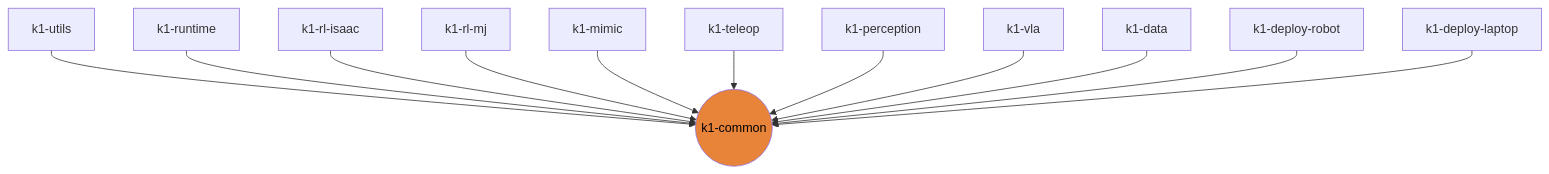
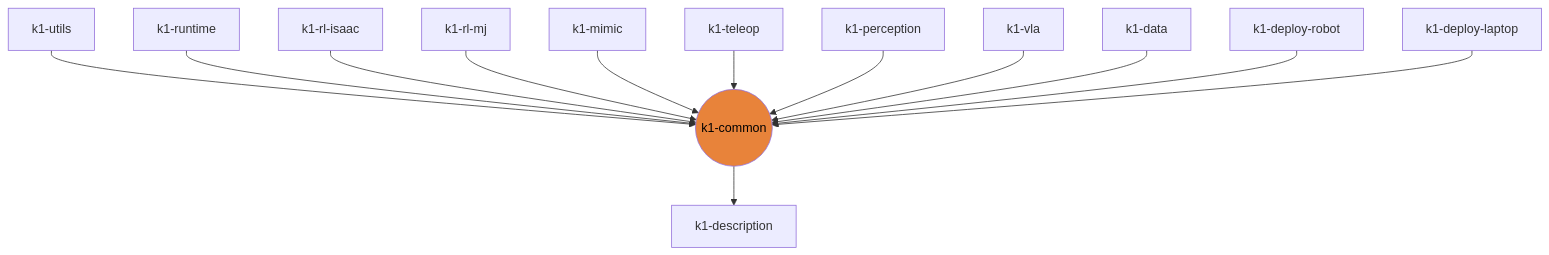
Before and after one commit to thdhyan/k1-common: the diagram in README.md, drawn with Mermaid. The commit also changed other lines of this file and 1 other file, not shown here.

````diff
--- a/README.md
+++ b/README.md
@@ -14,27 +14,29 @@
 ```mermaid
 flowchart TB
+  k1_description[k1-description]
   k1_utils[k1-utils]
   k1_runtime[k1-runtime]
   k1_rl_isaac[k1-rl-isaac]
   k1_rl_mj[k1-rl-mj]
   k1_mimic[k1-mimic]
   k1_teleop[k1-teleop]
   k1_perception[k1-perception]
   k1_vla[k1-vla]
   k1_data[k1-data]
   k1_deploy_robot[k1-deploy-robot]
   k1_deploy_laptop[k1-deploy-laptop]
   k1_common((k1-common))
   style k1_common fill:#e8833a,color:#000
   k1_utils --> k1_common
   k1_runtime --> k1_common
   k1_rl_isaac --> k1_common
   k1_rl_mj --> k1_common
   k1_mimic --> k1_common
   k1_teleop --> k1_common
   k1_perception --> k1_common
   k1_vla --> k1_common
   k1_data --> k1_common
   k1_deploy_robot --> k1_common
   k1_deploy_laptop --> k1_common
+  k1_common --> k1_description
 ```
````
